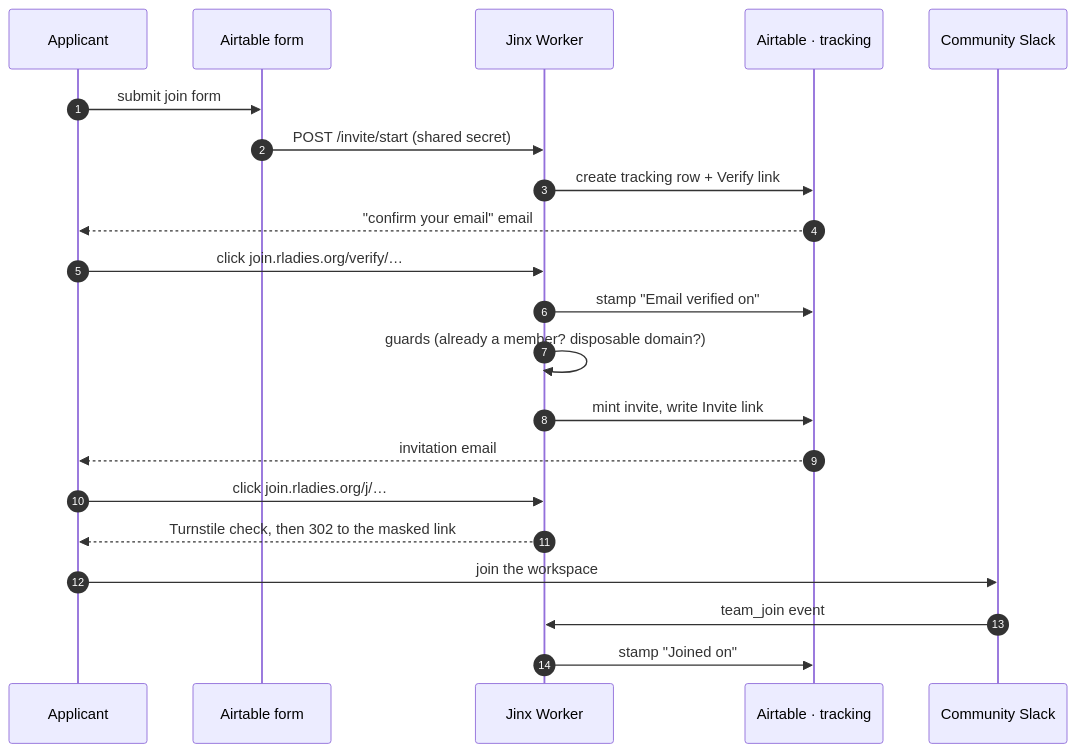
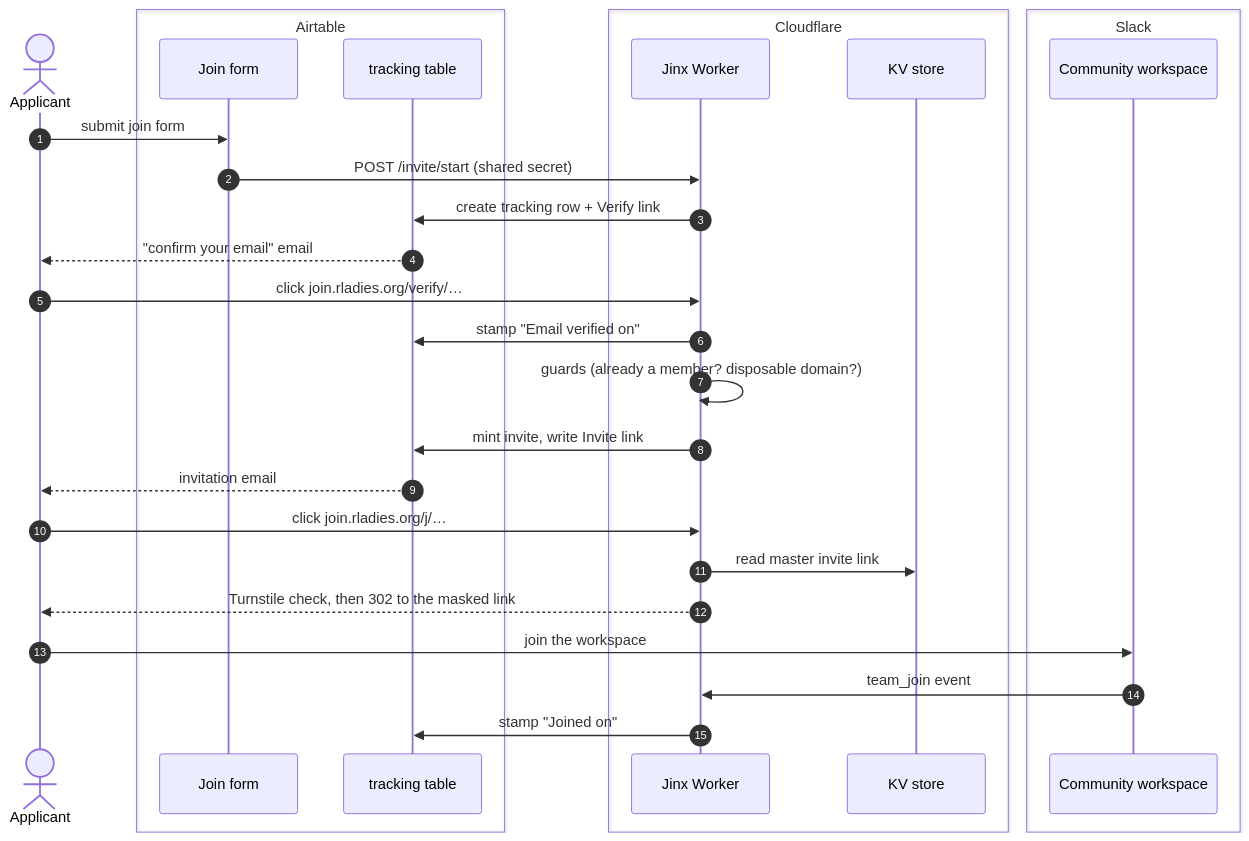
The second of 2 diagrams in content/global-team/jinx/airtable-invites.en.md (rladies/rladiesguide), drawn with Mermaid before and after one commit. The commit also changed other lines of this file and 1 other file, not shown here.

First line of the commit message:
docs(jinx): show which system runs each step of the invite flow

````diff
--- a/content/global-team/jinx/airtable-invites.en.md
+++ b/content/global-team/jinx/airtable-invites.en.md
@@ -68,23 +82,31 @@
 ```mermaid
 sequenceDiagram
     autonumber
-    participant A as Applicant
-    participant F as Airtable form
-    participant W as Jinx Worker
-    participant AT as Airtable · tracking
-    participant S as Community Slack
+    actor A as Applicant
+    box transparent Airtable
+      participant F as Join form
+      participant AT as tracking table
+    end
+    box transparent Cloudflare
+      participant W as Jinx Worker
+      participant KV as KV store
+    end
+    box transparent Slack
+      participant S as Community workspace
+    end
     A->>F: submit join form
     F->>W: POST /invite/start (shared secret)
     W->>AT: create tracking row + Verify link
     AT-->>A: "confirm your email" email
     A->>W: click join.rladies.org/verify/…
     W->>AT: stamp "Email verified on"
     W->>W: guards (already a member? disposable domain?)
     W->>AT: mint invite, write Invite link
     AT-->>A: invitation email
     A->>W: click join.rladies.org/j/…
+    W->>KV: read master invite link
     W-->>A: Turnstile check, then 302 to the masked link
     A->>S: join the workspace
     S->>W: team_join event
     W->>AT: stamp "Joined on"
 ```
````
